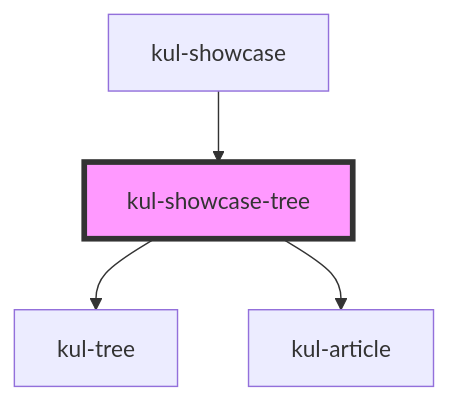
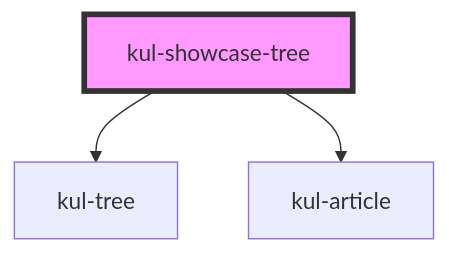
One commit to smeup/ketchup changed the diagram in packages/ketchup-lite/src/components/kul-showcase/components/tree/readme.md. Above: the diagram before and after it, drawn with Mermaid. The commit also changed other lines of this file and 25 other files, not shown here.

````diff
--- a/packages/ketchup-lite/src/components/kul-showcase/components/tree/readme.md
+++ b/packages/ketchup-lite/src/components/kul-showcase/components/tree/readme.md
@@ -31,7 +27,6 @@
 ```mermaid
 graph TD;
   kul-showcase-tree --> kul-tree
   kul-showcase-tree --> kul-article
-  kul-showcase --> kul-showcase-tree
   style kul-showcase-tree fill:#f9f,stroke:#333,stroke-width:4px
 ```
````
